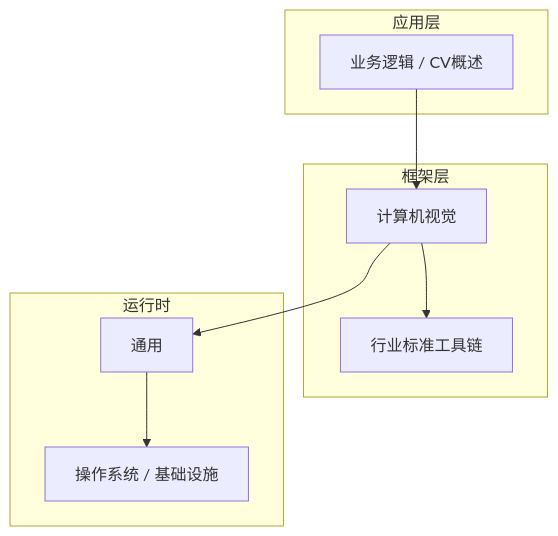
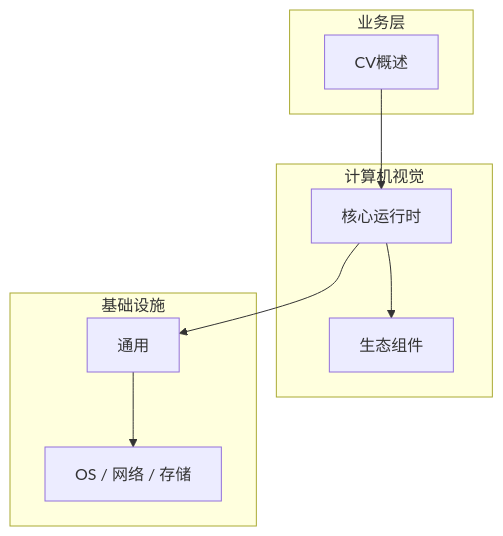
The diagram in articles/计算机视觉/chapters/001-CV概述核心概念与原理.md (yanggan2015/knowledge-json-v2), drawn with Mermaid before and after one commit. The commit also changed other lines of this file and 10127 other files, not shown here.

````diff
--- a/articles/计算机视觉/chapters/001-CV概述核心概念与原理.md
+++ b/articles/计算机视觉/chapters/001-CV概述核心概念与原理.md
@@ -45,18 +30,18 @@
 ```mermaid
 graph TB
-    subgraph 应用层
-        A[业务逻辑 / CV概述]
+    subgraph 业务层
+        A[CV概述]
     end
-    subgraph 框架层
-        B[计算机视觉]
-        C[行业标准工具链]
+    subgraph 计算机视觉
+        B[核心运行时]
+        C[生态组件]
     end
-    subgraph 运行时
+    subgraph 基础设施
         D[通用]
-        E[操作系统 / 基础设施]
+        E[OS / 网络 / 存储]
     end
     A --> B
     B --> C
     B --> D
     D --> E
 ```
````
